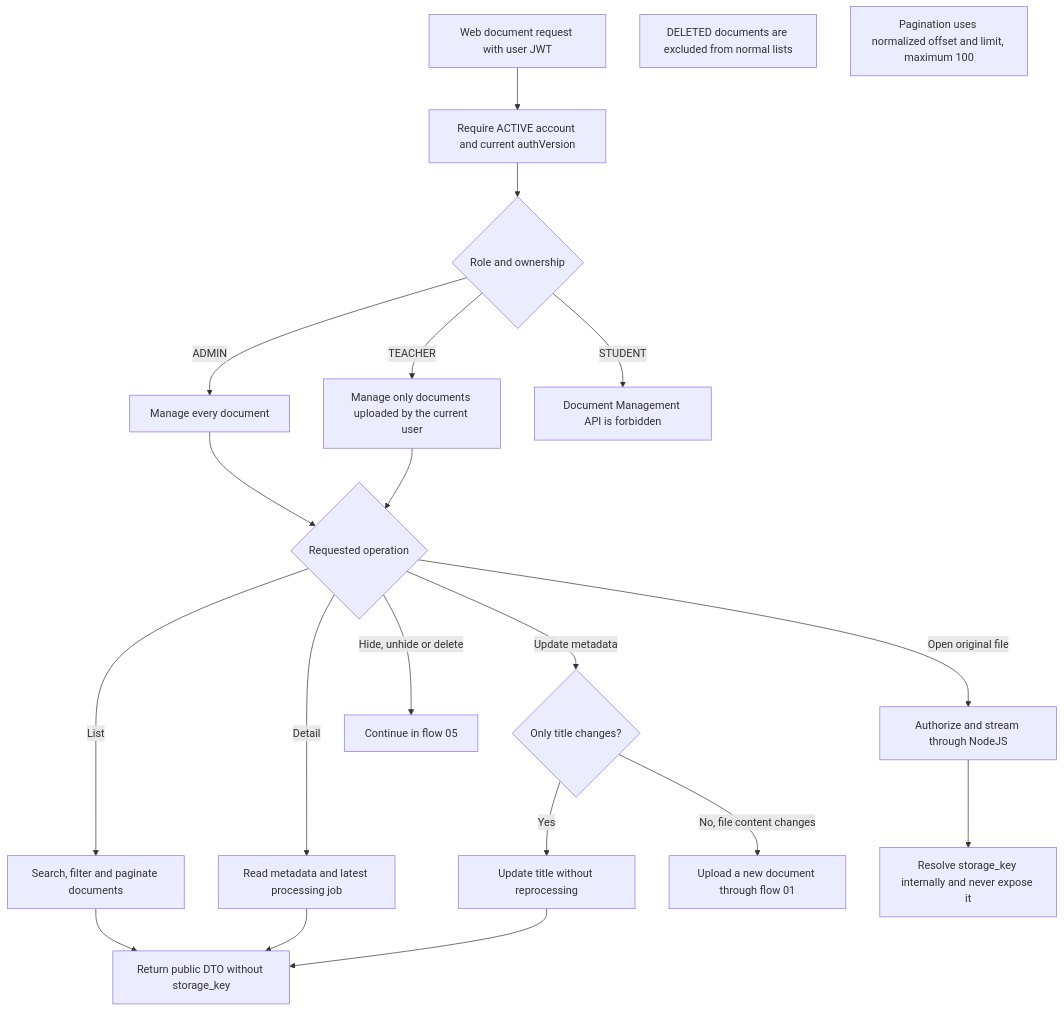
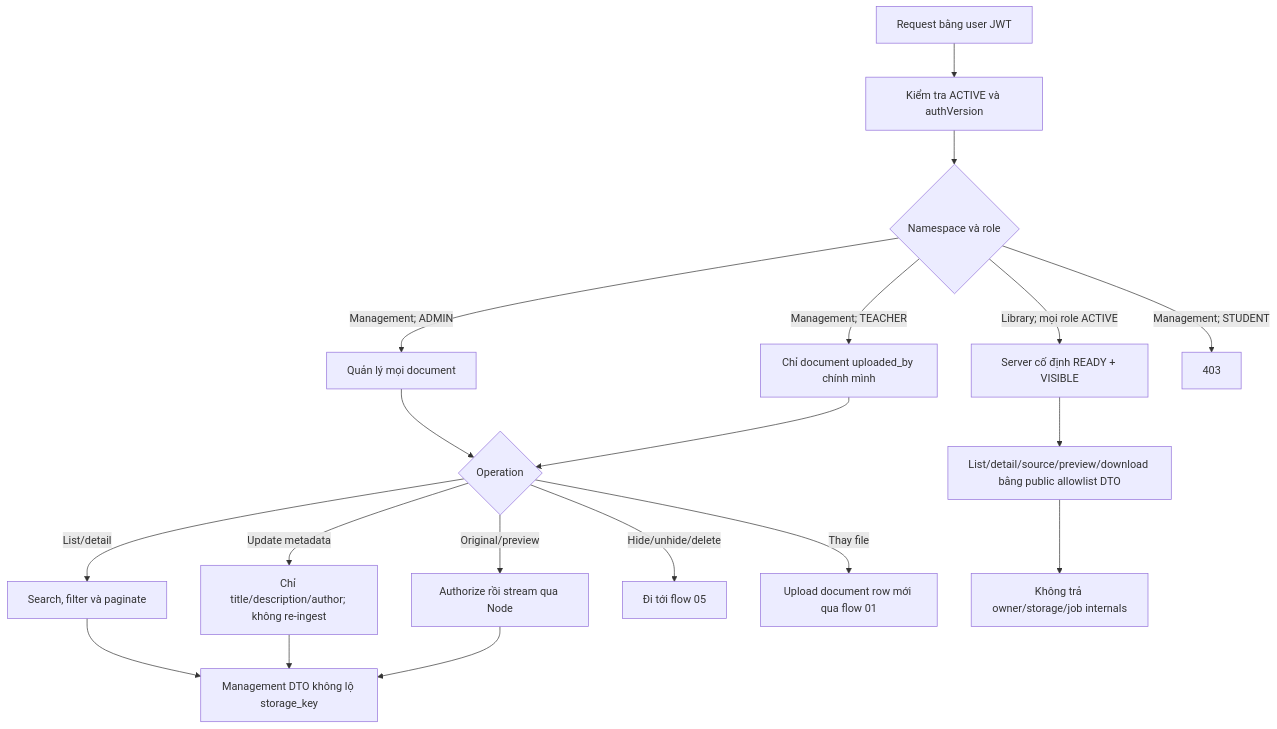
Before and after one commit to huyht101/EDURAG_VTC: the diagram in docs/flows/mermaid/04_document_management.mmd, drawn with Mermaid. The commit also changed 51 other files, not shown here.

```diff
--- a/docs/flows/mermaid/04_document_management.mmd
+++ b/docs/flows/mermaid/04_document_management.mmd
@@ -1,25 +1,22 @@
-%% 04 Document management | Detailed NodeJS/Core flow
+%% 04 Document Management và Library
 flowchart TB
-  A[Web document request with user JWT] --> B[Require ACTIVE account and current authVersion]
-  B --> C{Role and ownership}
-  C -->|ADMIN| D[Manage every document]
-  C -->|TEACHER| E[Manage only documents uploaded by the current user]
-  C -->|STUDENT| F[Document Management API is forbidden]
-  D --> G{Requested operation}
-  E --> G
+  A[Request bằng user JWT] --> B[Kiểm tra ACTIVE và authVersion]
+  B --> C{Namespace và role}
+  C -->|Library; mọi role ACTIVE| D[Server cố định READY + VISIBLE]
+  C -->|Management; ADMIN| E[Quản lý mọi document]
+  C -->|Management; TEACHER| F[Chỉ document uploaded_by chính mình]
+  C -->|Management; STUDENT| G[403]
 
-  G -->|List| H[Search, filter and paginate documents]
-  G -->|Detail| I[Read metadata and latest processing job]
-  G -->|Update metadata| J{Only title changes?}
-  G -->|Open original file| K[Authorize and stream through NodeJS]
-  G -->|Hide, unhide or delete| L[Continue in flow 05]
+  D --> H[List/detail/source/preview/download bằng public allowlist DTO]
+  E --> I{Operation}
+  F --> I
+  I -->|List/detail| J[Search, filter và paginate]
+  I -->|Update metadata| K[Chỉ title/description/author; không re-ingest]
+  I -->|Original/preview| L[Authorize rồi stream qua Node]
+  I -->|Hide/unhide/delete| M[Đi tới flow 05]
+  I -->|Thay file| N[Upload document row mới qua flow 01]
 
-  J -->|Yes| M[Update title without reprocessing]
-  J -->|No, file content changes| N[Upload a new document through flow 01]
-  H --> O[Return public DTO without storage_key]
-  I --> O
-  M --> O
-  K --> P[Resolve storage_key internally and never expose it]
-
-  N1[DELETED documents are excluded from normal lists]
-  N2[Pagination uses normalized offset and limit, maximum 100]
+  H --> O[Không trả owner/storage/job internals]
+  J --> P[Management DTO không lộ storage_key]
+  K --> P
+  L --> P
```
